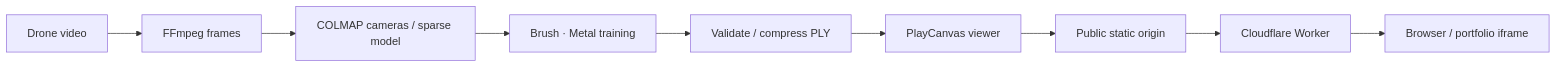
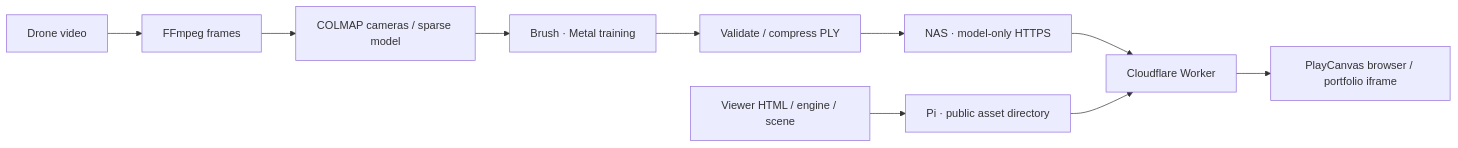
One commit to BlueStylo/drone-gaussian-pipeline changed the diagram in README.md. Above: the diagram before and after it, drawn with Mermaid. The commit also changed other lines of this file and 10 other files, not shown here.

Commit message:
Serve the Gaussian model from a dedicated NAS HTTPS origin (#17)

````diff
--- a/README.md
+++ b/README.md
@@ -24,11 +26,12 @@
 ```mermaid
 flowchart LR
     A[Drone video] --> B[FFmpeg frames]
     B --> C[COLMAP cameras / sparse model]
     C --> D[Brush · Metal training]
     D --> E[Validate / compress PLY]
-    E --> F[PlayCanvas viewer]
-    F --> G[Public static origin]
-    G --> H[Cloudflare Worker]
-    H --> I[Browser / portfolio iframe]
+    E --> N[NAS · model-only HTTPS]
+    V[Viewer HTML / engine / scene] --> G[Pi · public asset directory]
+    N --> H[Cloudflare Worker]
+    G --> H
+    H --> I[PlayCanvas browser / portfolio iframe]
 ```
````
